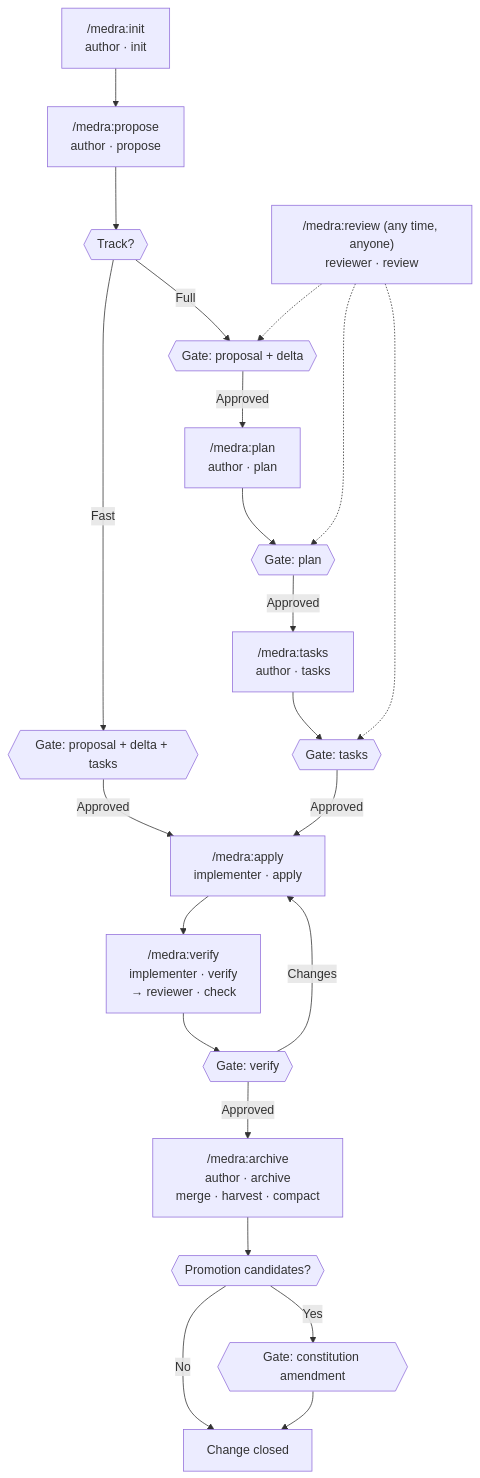
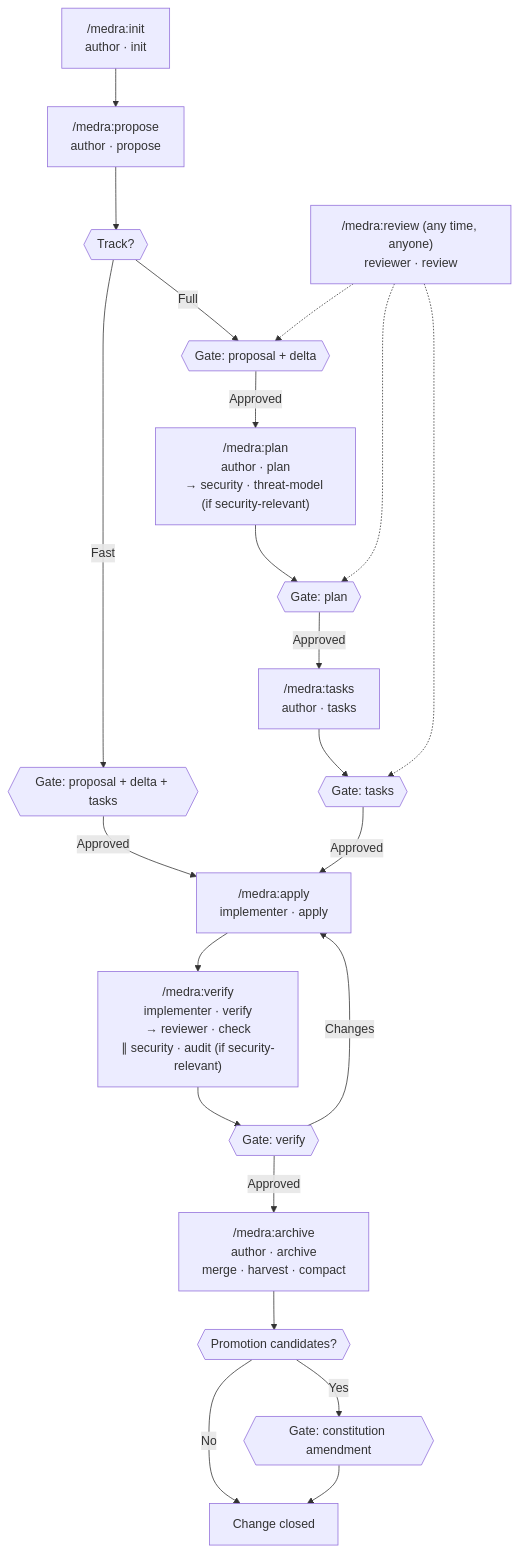
Before and after one commit to infra-medra/flow: the diagram in plugins/medra/BLUEPRINT.md, drawn with Mermaid. The commit also changed other lines of this file and 37 other files, not shown here.

First line of the commit message:
Add the security agent (Sentinel) to the medra workflow (1.4.0)

````diff
--- a/plugins/medra/BLUEPRINT.md
+++ b/plugins/medra/BLUEPRINT.md
@@ -15,24 +17,24 @@
 ```mermaid
 flowchart TD
     Init["/medra:init\nauthor · init"] --> Propose["/medra:propose\nauthor · propose"]
     Propose --> Track{{"Track?"}}
     Track -->|"Fast"| G1F{{"Gate: proposal + delta + tasks"}}
     Track -->|"Full"| G1{{"Gate: proposal + delta"}}
-    G1 -->|"Approved"| Plan["/medra:plan\nauthor · plan"]
+    G1 -->|"Approved"| Plan["/medra:plan\nauthor · plan\n→ security · threat-model (if security-relevant)"]
     Plan --> G2{{"Gate: plan"}}
     G2 -->|"Approved"| Tasks["/medra:tasks\nauthor · tasks"]
     Tasks --> G3{{"Gate: tasks"}}
     G1F -->|"Approved"| Apply["/medra:apply\nimplementer · apply"]
     G3 -->|"Approved"| Apply
-    Apply --> Verify["/medra:verify\nimplementer · verify\n→ reviewer · check"]
+    Apply --> Verify["/medra:verify\nimplementer · verify\n→ reviewer · check\n∥ security · audit (if security-relevant)"]
     Verify --> G4{{"Gate: verify"}}
     G4 -->|"Approved"| Archive["/medra:archive\nauthor · archive\nmerge · harvest · compact"]
     G4 -->|"Changes"| Apply
     Archive --> Promote{{"Promotion candidates?"}}
     Promote -->|"Yes"| G5{{"Gate: constitution amendment"}}
     Promote -->|"No"| Done["Change closed"]
     G5 --> Done
     Review["/medra:review (any time, anyone)\nreviewer · review"] -.-> G1
     Review -.-> G2
     Review -.-> G3
 ```
````
